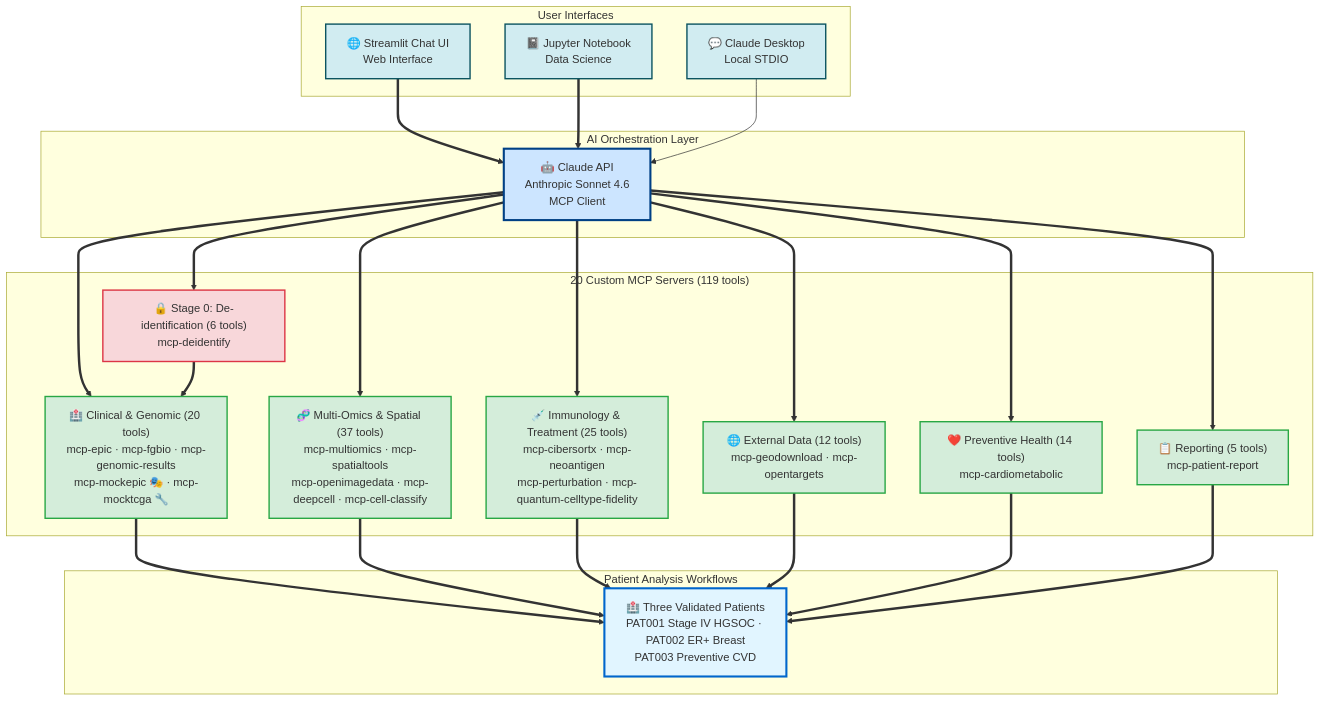
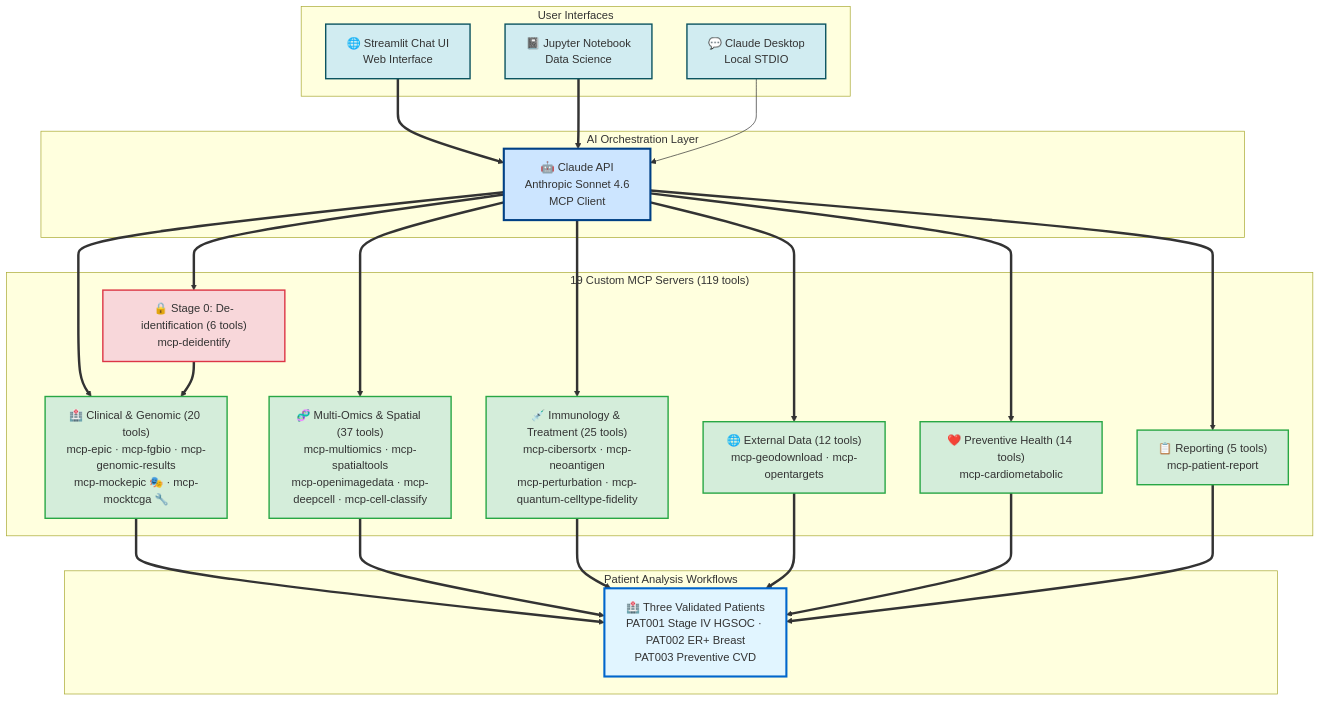
Before and after one commit to lynnlangit/spatial-mcp: the second of 2 diagrams in docs/for-developers/README.md, drawn with Mermaid. The commit also changed 14 other files, not shown here.

````diff
--- a/docs/for-developers/README.md
+++ b/docs/for-developers/README.md
@@ -90,59 +90,59 @@
 ```mermaid
 graph TB
     subgraph "User Interfaces"
         STREAMLIT["🌐 Streamlit Chat UI<br/>Web Interface"]
         JUPYTER["📓 Jupyter Notebook<br/>Data Science"]
         DESKTOP["💬 Claude Desktop<br/>Local STDIO"]
     end
 
     subgraph "AI Orchestration Layer"
         API["🤖 Claude API<br/>Anthropic Sonnet 4.6<br/>MCP Client"]
     end
 
-    subgraph "20 Custom MCP Servers (119 tools)"
+    subgraph "19 Custom MCP Servers (119 tools)"
         STAGE0["🔒 Stage 0: De-identification (6 tools)<br/>mcp-deidentify"]
         CLINICAL["🏥 Clinical & Genomic (20 tools)<br/>mcp-epic · mcp-fgbio · mcp-genomic-results<br/>mcp-mockepic 🎭 · mcp-mocktcga 🔧"]
         OMICS["🧬 Multi-Omics & Spatial (37 tools)<br/>mcp-multiomics · mcp-spatialtools<br/>mcp-openimagedata · mcp-deepcell · mcp-cell-classify"]
         IMMUNO["💉 Immunology & Treatment (25 tools)<br/>mcp-cibersortx · mcp-neoantigen<br/>mcp-perturbation · mcp-quantum-celltype-fidelity"]
         EXTDATA["🌐 External Data (12 tools)<br/>mcp-geodownload · mcp-opentargets"]
         PREVENT["❤️ Preventive Health (14 tools)<br/>mcp-cardiometabolic"]
         REPORT["📋 Reporting (5 tools)<br/>mcp-patient-report"]
     end
 
     subgraph "Patient Analysis Workflows"
         PATIENT["🏥 Three Validated Patients<br/>PAT001 Stage IV HGSOC · PAT002 ER+ Breast<br/>PAT003 Preventive CVD"]
     end
 
     STREAMLIT ==> API
     JUPYTER ==> API
     DESKTOP --> API
 
     API ==> STAGE0
     API ==> CLINICAL
     API ==> OMICS
     API ==> IMMUNO
     API ==> EXTDATA
     API ==> PREVENT
     API ==> REPORT
 
     STAGE0 ==> CLINICAL
     CLINICAL ==> PATIENT
     OMICS ==> PATIENT
     IMMUNO ==> PATIENT
     EXTDATA ==> PATIENT
     PREVENT ==> PATIENT
     REPORT ==> PATIENT
 
     style STREAMLIT fill:#d1ecf1,stroke:#0c5460,stroke-width:2px
     style JUPYTER fill:#d1ecf1,stroke:#0c5460,stroke-width:2px
     style DESKTOP fill:#d1ecf1,stroke:#0c5460,stroke-width:2px
     style API fill:#cce5ff,stroke:#004085,stroke-width:3px
     style PATIENT fill:#e1f5ff,stroke:#0066cc,stroke-width:3px
     style STAGE0 fill:#f8d7da,stroke:#dc3545,stroke-width:2px
     style CLINICAL fill:#d4edda,stroke:#28a745,stroke-width:2px
     style OMICS fill:#d4edda,stroke:#28a745,stroke-width:2px
     style IMMUNO fill:#d4edda,stroke:#28a745,stroke-width:2px
     style EXTDATA fill:#d4edda,stroke:#28a745,stroke-width:2px
     style PREVENT fill:#d4edda,stroke:#28a745,stroke-width:2px
     style REPORT fill:#d4edda,stroke:#28a745,stroke-width:2px
 ```
````
